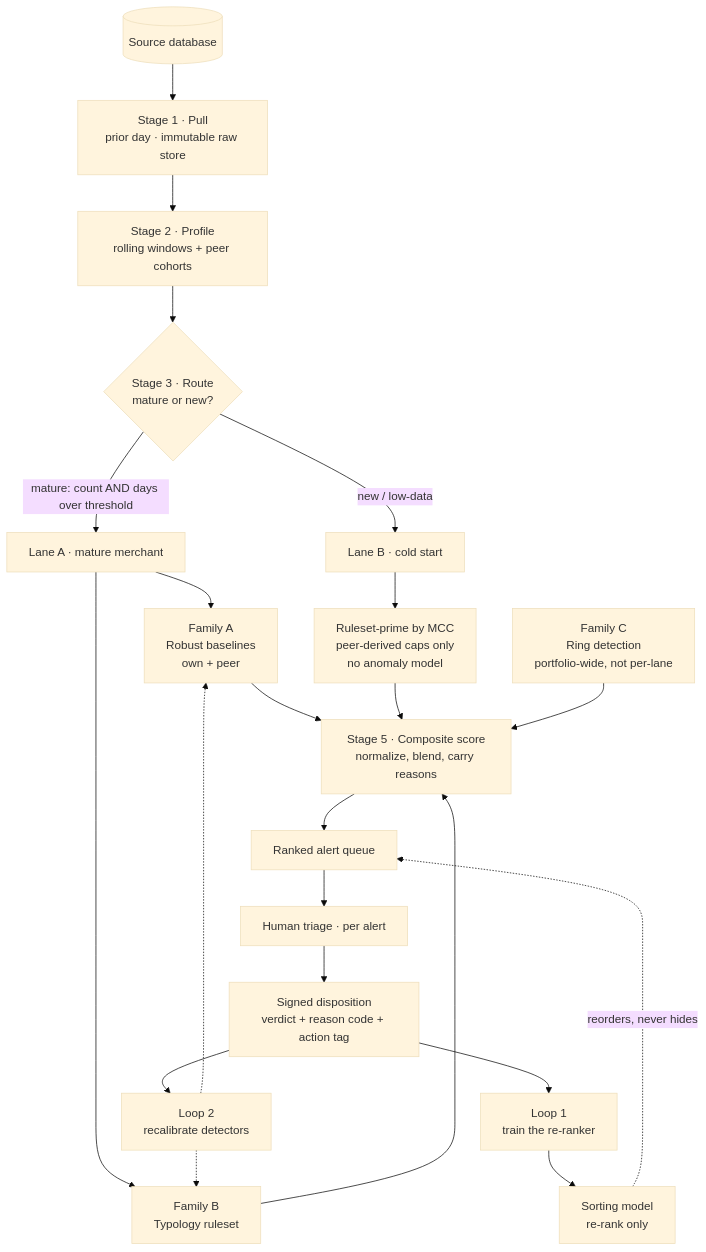
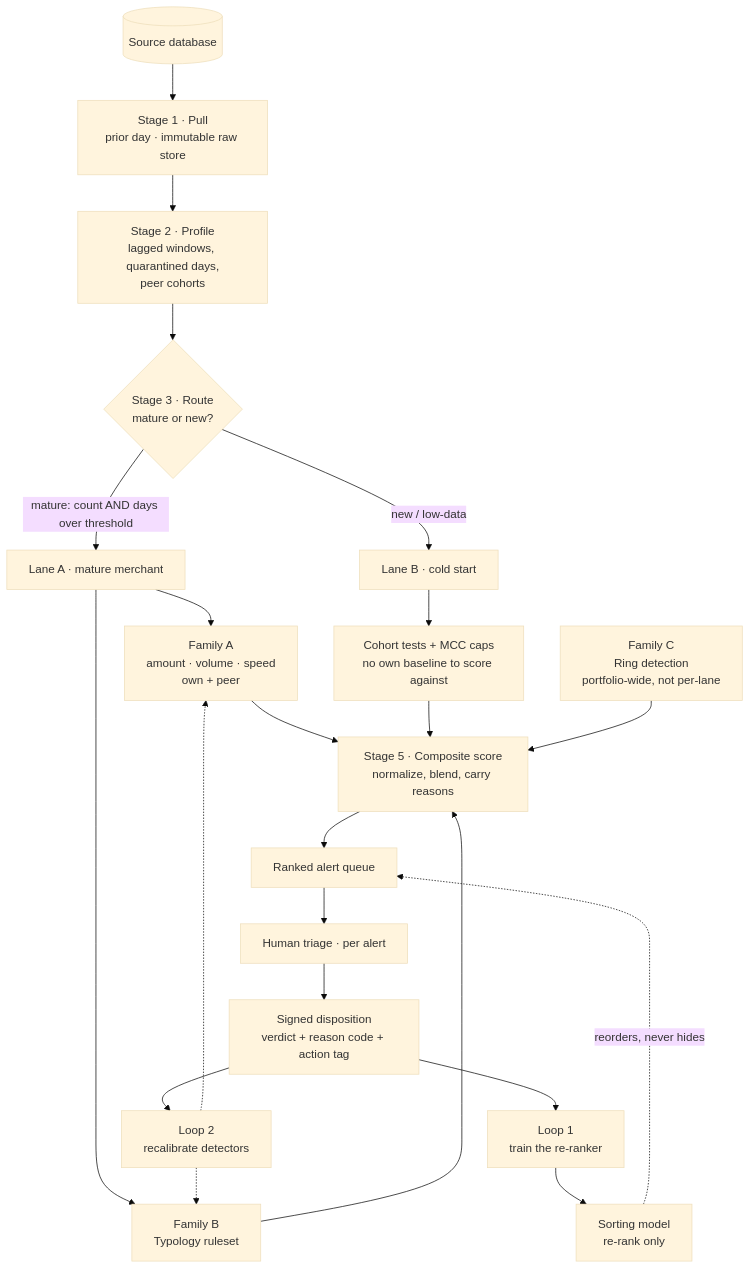
Before and after one commit to yr08ii/compliance-pipeline: the first of 11 diagrams in docs/Detection_Flow_Diagrams.md, drawn with Mermaid (base theme). The commit also changed other lines of this file, not shown here.

First line of the commit message:
Redraw Family A: three quantities, two peer frames, four defences

````diff
--- a/docs/Detection_Flow_Diagrams.md
+++ b/docs/Detection_Flow_Diagrams.md
@@ -16,32 +16,32 @@
 ```mermaid
 flowchart TD
     SRC[("Source database")] --> PULL["Stage 1 · Pull<br/>prior day · immutable raw store"]
-    PULL --> PROF["Stage 2 · Profile<br/>rolling windows + peer cohorts"]
+    PULL --> PROF["Stage 2 · Profile<br/>lagged windows, quarantined days,<br/>peer cohorts"]
     PROF --> ROUTE{"Stage 3 · Route<br/>mature or new?"}
 
     ROUTE -->|"mature: count AND days over threshold"| LANEA["Lane A · mature merchant"]
     ROUTE -->|"new / low-data"| LANEB["Lane B · cold start"]
 
-    LANEA --> FA["Family A<br/>Robust baselines<br/>own + peer"]
+    LANEA --> FA["Family A<br/>amount · volume · speed<br/>own + peer"]
     LANEA --> FB["Family B<br/>Typology ruleset"]
-    LANEB --> FBP["Ruleset-prime by MCC<br/>peer-derived caps only<br/>no anomaly model"]
+    LANEB --> FBP["Cohort tests + MCC caps<br/>no own baseline to score against"]
 
     FC["Family C<br/>Ring detection<br/>portfolio-wide, not per-lane"]
 
     FA --> SCORE["Stage 5 · Composite score<br/>normalize, blend, carry reasons"]
     FB --> SCORE
     FBP --> SCORE
     FC --> SCORE
 
     SCORE --> QUEUE["Ranked alert queue"]
     RANK["Sorting model<br/>re-rank only"] -.->|"reorders, never hides"| QUEUE
 
     QUEUE --> HUMAN["Human triage · per alert"]
     HUMAN --> DISP["Signed disposition<br/>verdict + reason code + action tag"]
 
     DISP --> L1["Loop 1<br/>train the re-ranker"]
     DISP --> L2["Loop 2<br/>recalibrate detectors"]
     L1 --> RANK
     L2 -.-> FA
     L2 -.-> FB
 ```
````
